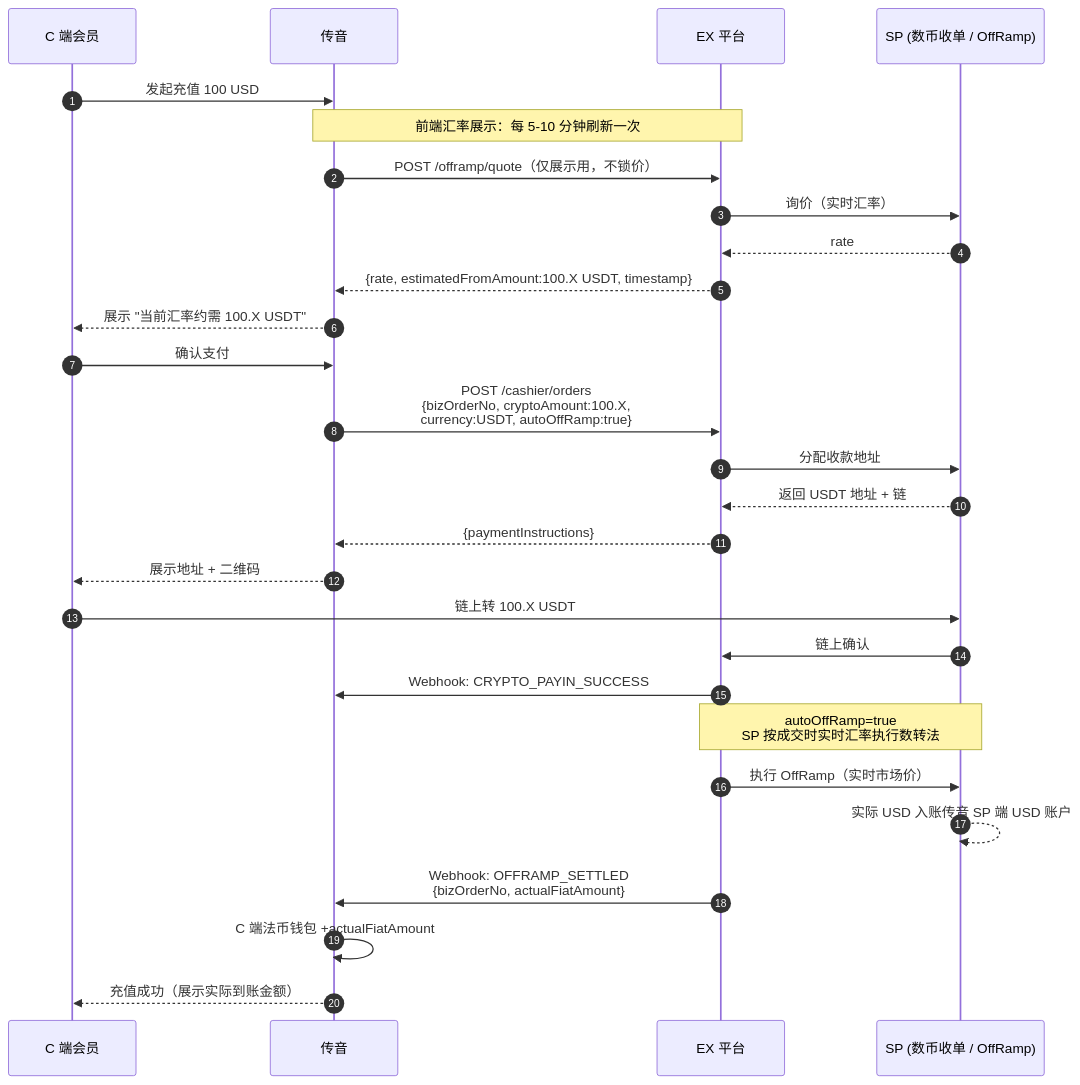
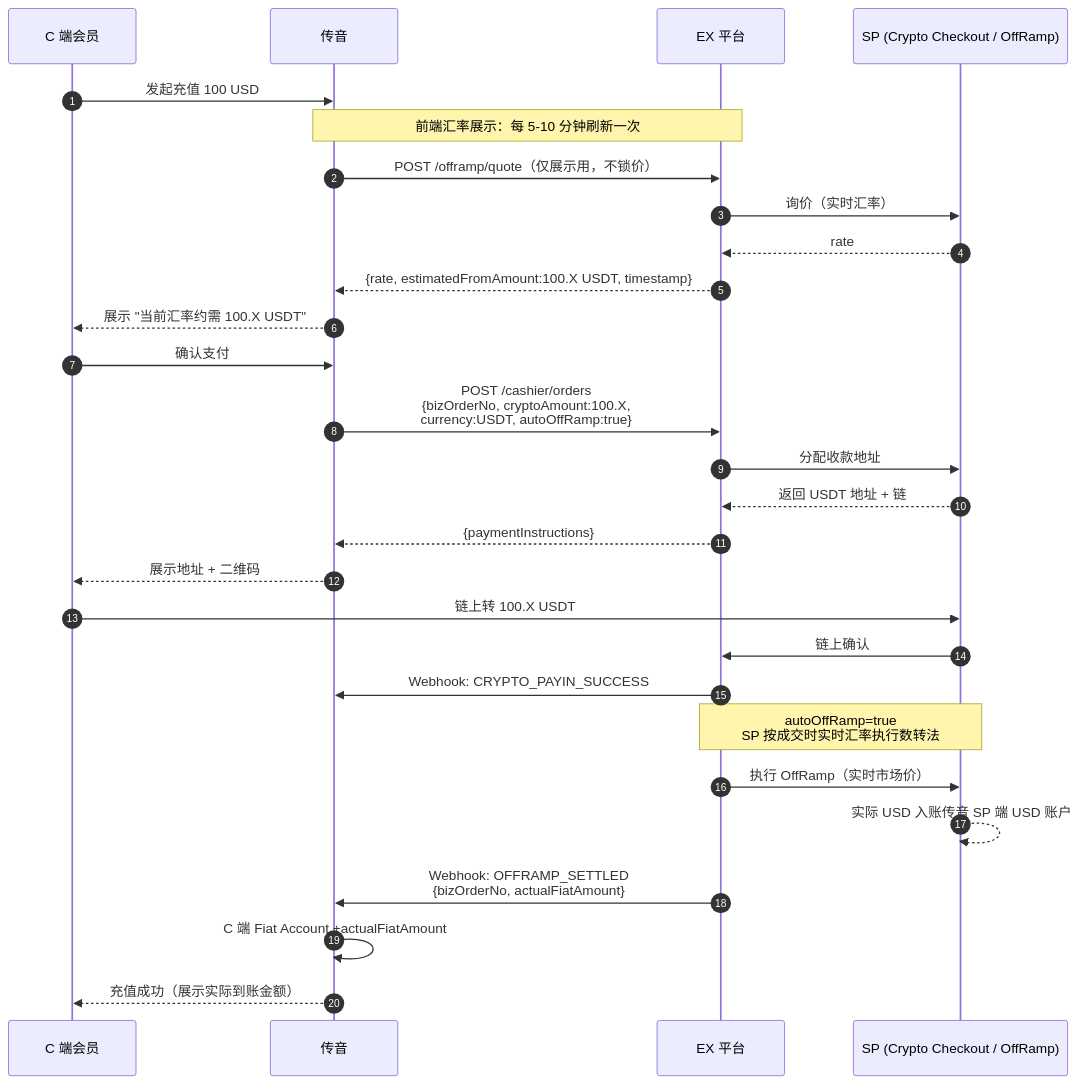
One commit to xiaoxiaoangie/EX-NEW changed the first of 2 diagrams in Solutions/solutions/TE-solution/transsion-solutions.md. Above: the diagram before and after it, drawn with Mermaid. The commit also changed other lines of this file and 39 other files, not shown here.

````diff
--- a/Solutions/solutions/TE-solution/transsion-solutions.md
+++ b/Solutions/solutions/TE-solution/transsion-solutions.md
@@ -144,36 +144,36 @@
 ```mermaid
 sequenceDiagram
     autonumber
     participant C as C 端会员
     participant TX as 传音
     participant EX as EX 平台
-    participant SP as SP (数币收单 / OffRamp)
+    participant SP as SP (Crypto Checkout / OffRamp)
 
     C->>TX: 发起充值 100 USD
 
     Note over TX,EX: 前端汇率展示：每 5-10 分钟刷新一次
     TX->>EX: POST /offramp/quote（仅展示用，不锁价）
     EX->>SP: 询价（实时汇率）
     SP-->>EX: rate
     EX-->>TX: {rate, estimatedFromAmount:100.X USDT, timestamp}
     TX-->>C: 展示 "当前汇率约需 100.X USDT"
     C->>TX: 确认支付
 
     TX->>EX: POST /cashier/orders<br/>{bizOrderNo, cryptoAmount:100.X,<br/>currency:USDT, autoOffRamp:true}
     EX->>SP: 分配收款地址
     SP-->>EX: 返回 USDT 地址 + 链
     EX-->>TX: {paymentInstructions}
     TX-->>C: 展示地址 + 二维码
 
     C->>SP: 链上转 100.X USDT
     SP->>EX: 链上确认
     EX->>TX: Webhook: CRYPTO_PAYIN_SUCCESS
 
     Note over EX,SP: autoOffRamp=true<br/>SP 按成交时实时汇率执行数转法
     EX->>SP: 执行 OffRamp（实时市场价）
     SP-->>SP: 实际 USD 入账传音 SP 端 USD 账户
     EX->>TX: Webhook: OFFRAMP_SETTLED<br/>{bizOrderNo, actualFiatAmount}
 
-    TX->>TX: C 端法币钱包 +actualFiatAmount
+    TX->>TX: C 端 Fiat Account +actualFiatAmount
     TX-->>C: 充值成功（展示实际到账金额）
 ```
````
